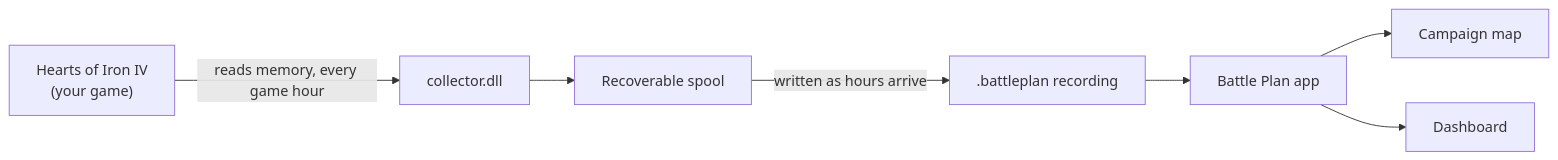
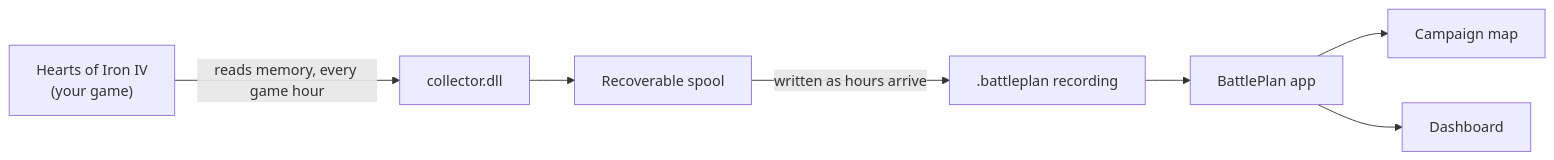
Before and after one commit to Simcity400/Battle-Plan: the diagram in README.md, drawn with Mermaid. The commit also changed other lines of this file and 14 other files, not shown here.

First line of the commit message:
Brand: BattlePlan icons, olive for nightly builds, red for the recorder

````diff
--- a/README.md
+++ b/README.md
@@ -46,9 +46,9 @@
 ```mermaid
 flowchart LR
     game["Hearts of Iron IV<br/>(your game)"] -->|reads memory, every game hour| collector["collector.dll"]
     collector --> spool["Recoverable spool"]
     spool -->|written as hours arrive| file[".battleplan recording"]
-    file --> app["Battle Plan app"]
+    file --> app["BattlePlan app"]
     app --> map["Campaign map"]
     app --> dash["Dashboard"]
 ```
````
